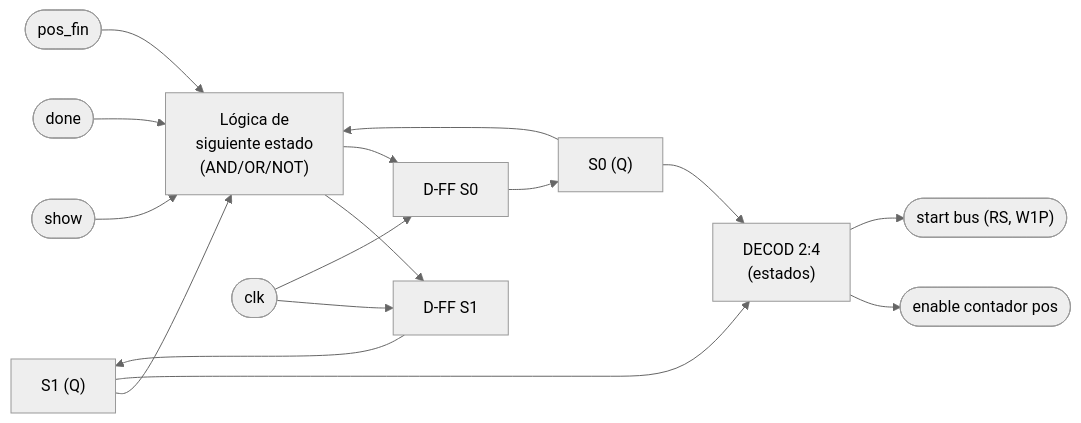
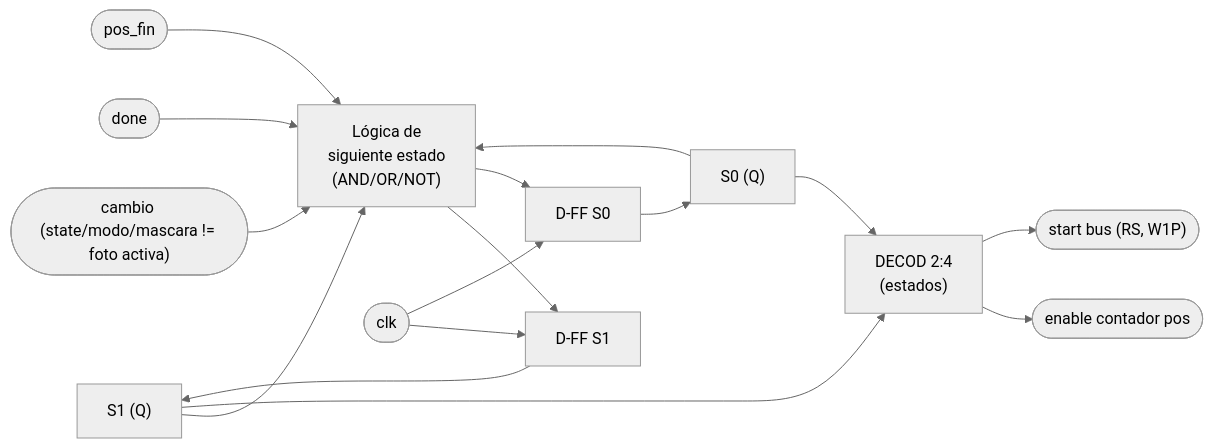
Before and after one commit to Taller-de-diseno-digital-GR01/Proyecto-2-Ahorcado: the second of 2 diagrams in docs/diseño/modulos/M04_Mostrar-LCD.md, drawn with Mermaid (neutral theme). The commit also changed other lines of this file and 2 other files, not shown here.

````diff
--- a/docs/diseño/modulos/M04_Mostrar-LCD.md
+++ b/docs/diseño/modulos/M04_Mostrar-LCD.md
@@ -85,18 +152,18 @@
 ```mermaid
 flowchart LR
     S1Q["S1 (Q)"] --> NSL["Lógica de<br/>siguiente estado<br/>(AND/OR/NOT)"]
     S0Q["S0 (Q)"] --> NSL
-    SHOW(["show"]) --> NSL
+    CAMBIO(["cambio (state/modo/mascara != foto activa)"]) --> NSL
     DONE(["done"]) --> NSL
     POSEND(["pos_fin"]) --> NSL
     NSL --> D1["D-FF S1"]
     NSL --> D2["D-FF S0"]
     CLK(["clk"]) --> D1
     CLK --> D2
     D1 --> S1Q
     D2 --> S0Q
     S1Q --> DEC["DECOD 2:4<br/>(estados)"]
     S0Q --> DEC
     DEC --> CTEN(["enable contador pos"])
     DEC --> STARTB(["start bus (RS, W1P)"])
 ```
````
